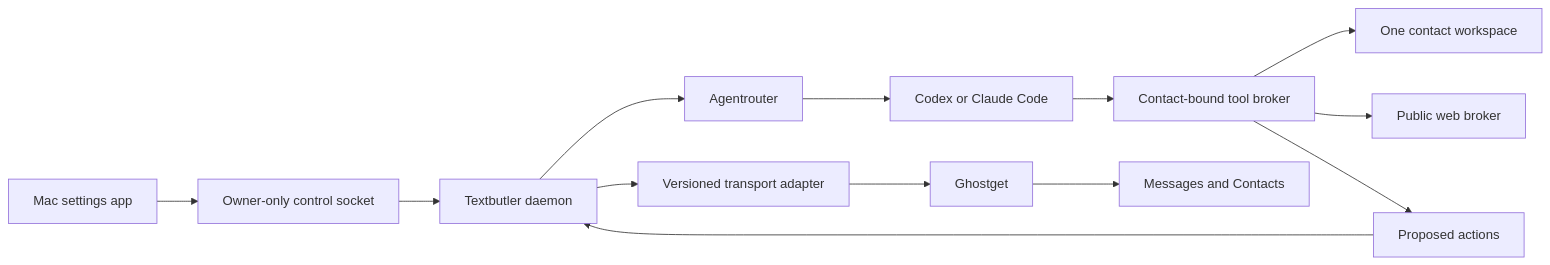
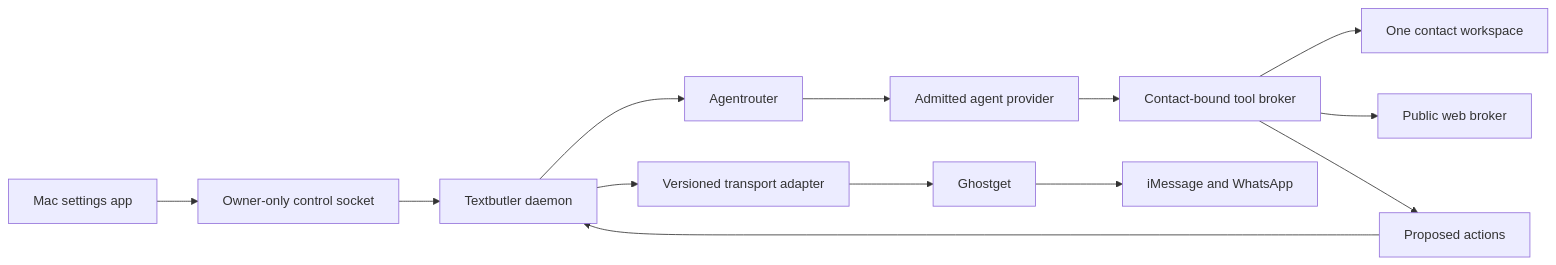
One commit to hraness/message-like-me changed the diagram in docs/textbutler/architecture.md. Above: the diagram before and after it, drawn with Mermaid. The commit also changed other lines of this file and 106 other files, not shown here.

````diff
--- a/docs/textbutler/architecture.md
+++ b/docs/textbutler/architecture.md
@@ -9,15 +9,15 @@
 ```mermaid
 flowchart LR
   App[Mac settings app] --> Control[Owner-only control socket]
   Control --> Butler[Textbutler daemon]
   Butler --> Router[Agentrouter]
-  Router --> Provider[Codex or Claude Code]
+  Router --> Provider[Admitted agent provider]
   Provider --> Tools[Contact-bound tool broker]
   Tools --> Memory[One contact workspace]
   Tools --> Web[Public web broker]
   Tools --> Intents[Proposed actions]
   Intents --> Butler
   Butler --> Transport[Versioned transport adapter]
   Transport --> Ghostget[Ghostget]
-  Ghostget --> Messages[Messages and Contacts]
+  Ghostget --> Messages[iMessage and WhatsApp]
 ```
````
